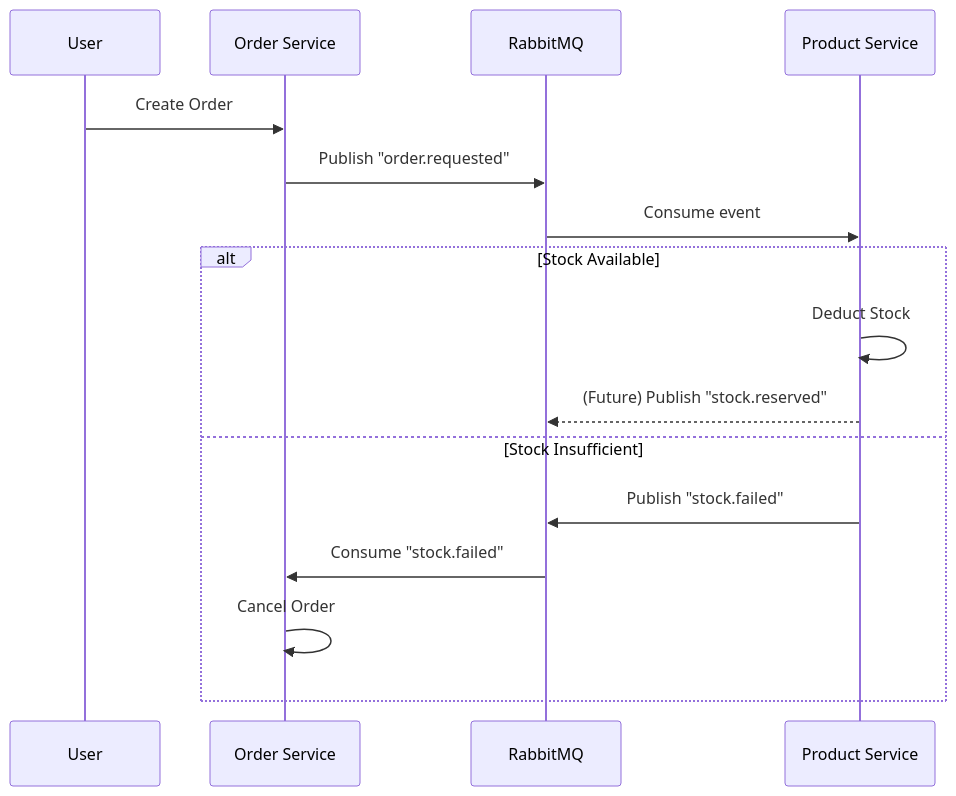
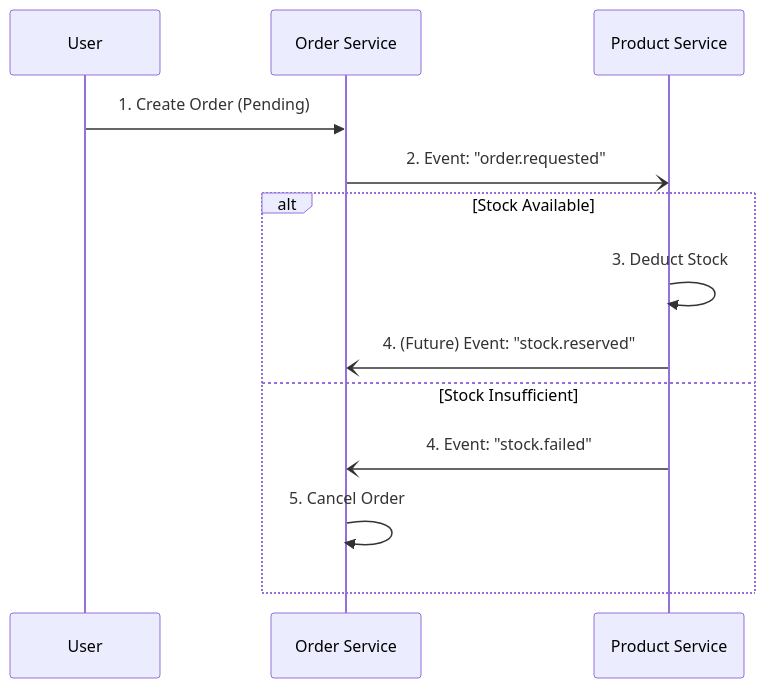
Before and after one commit to phanthehoang2503/small-project-service: the second of 2 diagrams in README.md, drawn with Mermaid. The commit also changed other lines of this file, not shown here.

Commit message:
simplified order process graph for easier understanding

````diff
--- a/README.md
+++ b/README.md
@@ -61,20 +61,17 @@
 ```mermaid
 sequenceDiagram
     participant User
     participant Order as Order Service
-    participant RabbitMQ
     participant Product as Product Service
     
-    User->>Order: Create Order
-    Order->>RabbitMQ: Publish "order.requested"
-    RabbitMQ->>Product: Consume event
+    User->>Order: 1. Create Order (Pending)
+    Order-)Product: 2. Event: "order.requested"
     
     alt Stock Available
-        Product->>Product: Deduct Stock
-        Product-->>RabbitMQ: (Future) Publish "stock.reserved"
+        Product->>Product: 3. Deduct Stock
+        Product-)Order: 4. (Future) Event: "stock.reserved"
     else Stock Insufficient
-        Product->>RabbitMQ: Publish "stock.failed"
-        RabbitMQ->>Order: Consume "stock.failed"
-        Order->>Order: Cancel Order
+        Product-)Order: 4. Event: "stock.failed"
+        Order->>Order: 5. Cancel Order
     end
 ```
````
